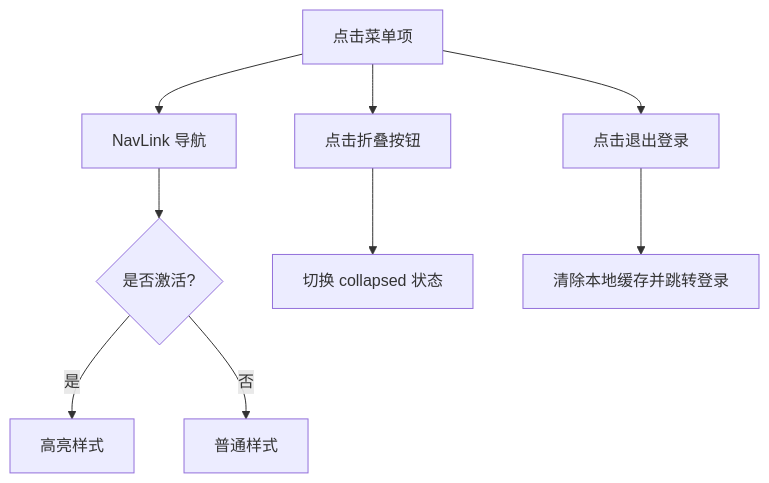
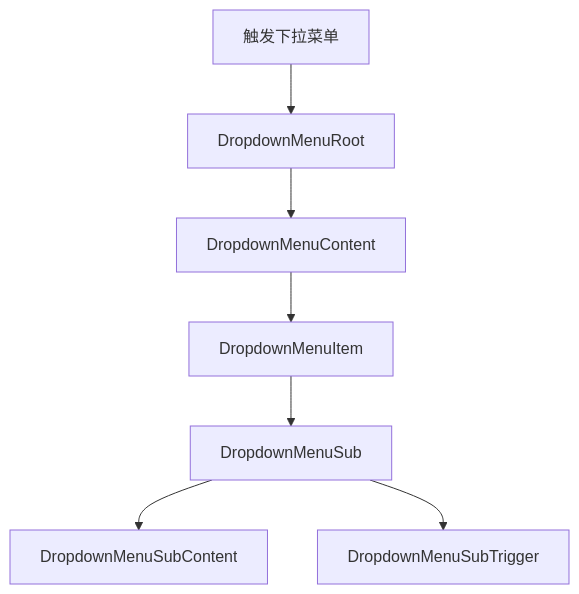
One commit to angledick/- changed the second of 5 diagrams in .qoder/repowiki/zh/content/前端应用架构/组件库系统.md. Above: the diagram before and after it, drawn with Mermaid. The commit also changed other lines of this file and 770 other files, not shown here.

````diff
--- a/.qoder/repowiki/zh/content/前端应用架构/组件库系统.md
+++ b/.qoder/repowiki/zh/content/前端应用架构/组件库系统.md
@@ -183,11 +92,9 @@
 ```mermaid
 flowchart TD
-Click["点击菜单项"] --> Nav["NavLink 导航"]
-Nav --> Active{"是否激活?"}
-Active --> |是| Highlight["高亮样式"]
-Active --> |否| Normal["普通样式"]
-Click --> Toggle["点击折叠按钮"]
-Toggle --> Collapse["切换 collapsed 状态"]
-Click --> Logout["点击退出登录"]
-Logout --> Clear["清除本地缓存并跳转登录"]
+Trigger["触发下拉菜单"] --> Root["DropdownMenuRoot"]
+Root --> Content["DropdownMenuContent"]
+Content --> Item["DropdownMenuItem"]
+Item --> Sub["DropdownMenuSub"]
+Sub --> SubContent["DropdownMenuSubContent"]
+Sub --> SubTrigger["DropdownMenuSubTrigger"]
 ```
````
